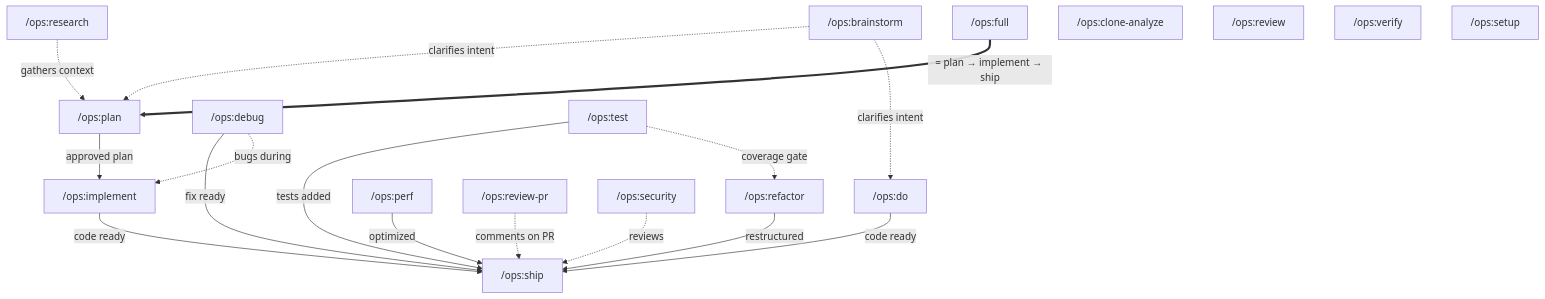
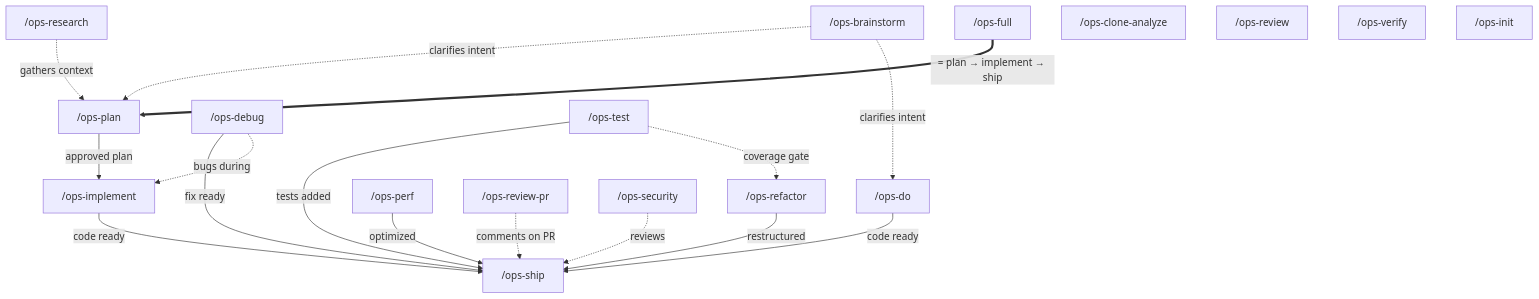
The first of 16 diagrams in README.md (gigi206/ops), drawn with Mermaid before and after one commit. The commit also changed other lines of this file and 57 other files, not shown here.

Commit message:
feat: v3.0.0 — OpenCode compatibility + skill renaming ops:* → ops-* + review pipeline extraction

````diff
--- a/README.md
+++ b/README.md
@@ -45,39 +42,39 @@
 ```mermaid
 flowchart TD
     %% Pre-work
-    brainstorm["/ops:brainstorm"] -.->|clarifies intent| plan
+    brainstorm["/ops-brainstorm"] -.->|clarifies intent| plan
     brainstorm -.->|clarifies intent| do
-    research["/ops:research"] -.->|gathers context| plan
+    research["/ops-research"] -.->|gathers context| plan
 
     %% Main pipeline
-    plan["/ops:plan"] -->|approved plan| implement["/ops:implement"]
-    implement -->|code ready| ship["/ops:ship"]
+    plan["/ops-plan"] -->|approved plan| implement["/ops-implement"]
+    implement -->|code ready| ship["/ops-ship"]
 
     %% Full chains the main pipeline
-    full["/ops:full"] ==>|"= plan → implement → ship"| plan
+    full["/ops-full"] ==>|"= plan → implement → ship"| plan
 
     %% Lightweight alternative
-    do["/ops:do"] -->|code ready| ship
+    do["/ops-do"] -->|code ready| ship
 
     %% Bug fixing
-    debug["/ops:debug"] -->|fix ready| ship
+    debug["/ops-debug"] -->|fix ready| ship
     debug -.->|bugs during| implement
 
     %% Testing & refactoring
-    test["/ops:test"] -->|tests added| ship
+    test["/ops-test"] -->|tests added| ship
     test -.->|coverage gate| refactor
-    refactor["/ops:refactor"] -->|restructured| ship
+    refactor["/ops-refactor"] -->|restructured| ship
 
     %% Performance
-    perf["/ops:perf"] -->|optimized| ship
+    perf["/ops-perf"] -->|optimized| ship
 
     %% Reviews & audits
-    review-pr["/ops:review-pr"] -.->|comments on PR| ship
-    security["/ops:security"] -.->|reviews| ship
+    review-pr["/ops-review-pr"] -.->|comments on PR| ship
+    security["/ops-security"] -.->|reviews| ship
 
     %% Always active or standalone (no edges — behavioral or independent)
-    clone-analyze["/ops:clone-analyze"]
-    review["/ops:review"]
-    verify["/ops:verify"]
-    setup["/ops:setup"]
+    clone-analyze["/ops-clone-analyze"]
+    review["/ops-review"]
+    verify["/ops-verify"]
+    setup["/ops-init"]
 ```
````
